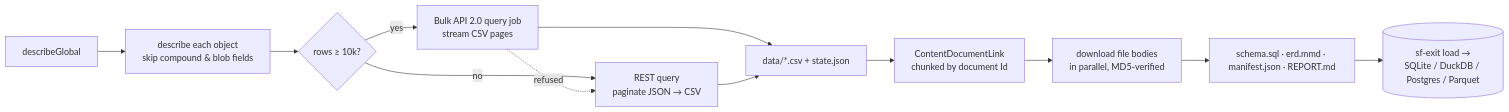
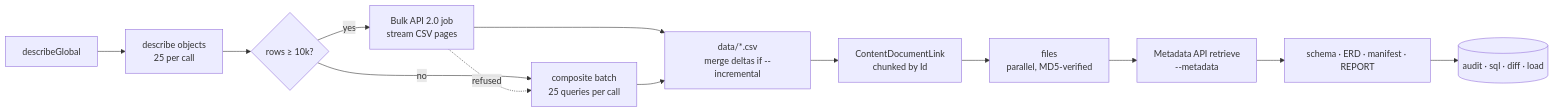
The diagram in README.md (akhsterminator/sf-exit), drawn with Mermaid before and after one commit. The commit also changed other lines of this file and 28 other files, not shown here.

First line of the commit message:
Audit, metadata, incremental backups, diff, sql, redaction

````diff
--- a/README.md
+++ b/README.md
@@ -189,13 +148,14 @@
 ```mermaid
 flowchart LR
-  A[describeGlobal] --> B[describe each object<br/>skip compound & blob fields]
+  A[describeGlobal] --> B[describe objects<br/>25 per call]
   B --> C{rows ≥ 10k?}
-  C -- yes --> D[Bulk API 2.0 query job<br/>stream CSV pages]
-  C -- no --> E[REST query<br/>paginate JSON → CSV]
+  C -- yes --> D[Bulk API 2.0 job<br/>stream CSV pages]
+  C -- no --> E[composite batch<br/>25 queries per call]
   D -. refused .-> E
-  D & E --> F[data/*.csv + state.json]
-  F --> G[ContentDocumentLink<br/>chunked by document Id]
-  G --> H[download file bodies<br/>in parallel, MD5-verified]
-  H --> I[schema.sql · erd.mmd · manifest.json · REPORT.md]
-  I --> J[(sf-exit load →<br/>SQLite / DuckDB / Postgres / Parquet)]
+  D & E --> F[data/*.csv<br/>merge deltas if --incremental]
+  F --> G[ContentDocumentLink<br/>chunked by Id]
+  G --> H[files<br/>parallel, MD5-verified]
+  H --> M[Metadata API retrieve<br/>--metadata]
+  M --> I[schema · ERD · manifest · REPORT]
+  I --> J[(audit · sql · diff · load)]
 ```
````
